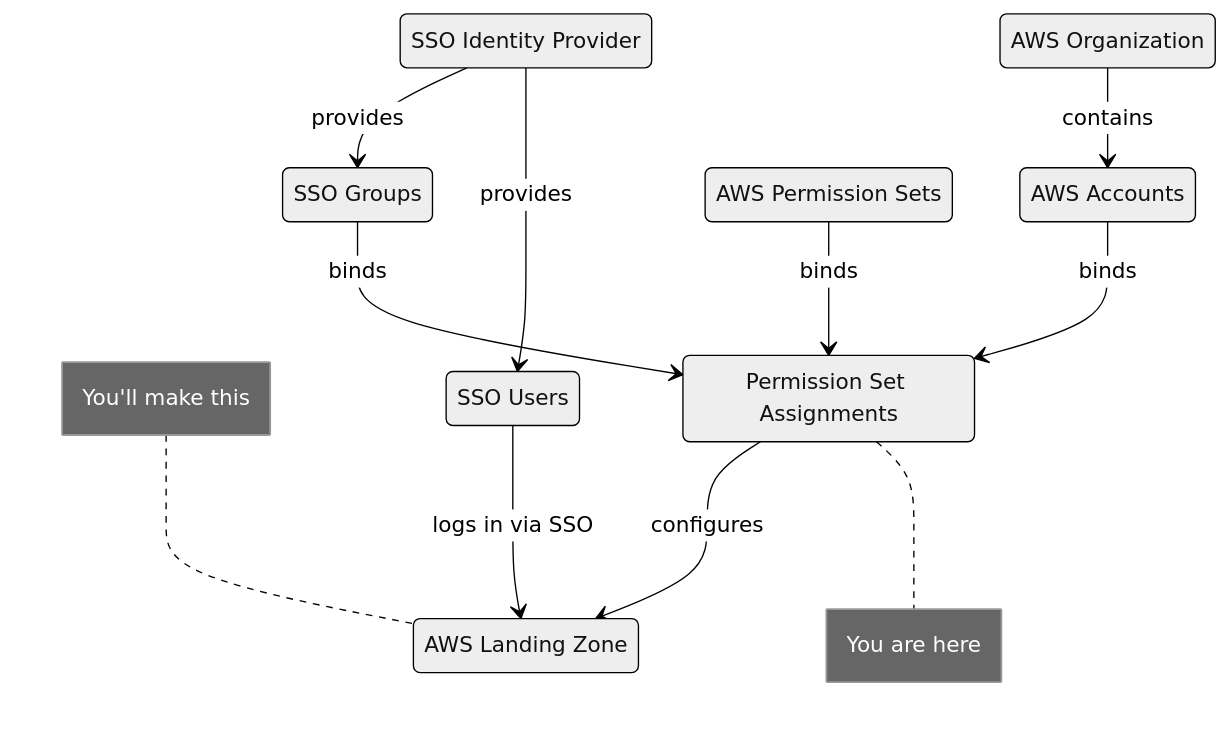
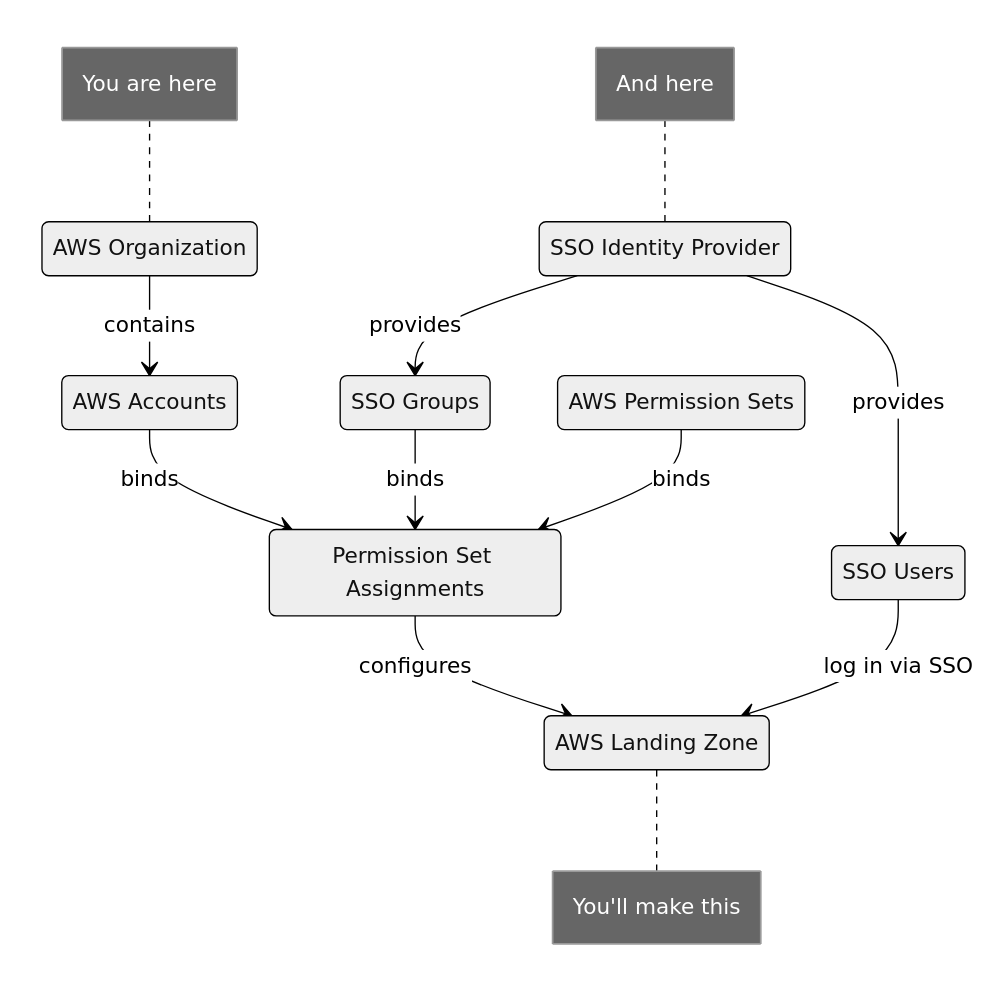
Before and after one commit to baremetalhelp/baremetal.help: the diagram in docs/docs/permission-sets/index.md, drawn with Mermaid (neutral theme). The commit also changed other lines of this file and 22 other files, not shown here.

````diff
--- a/docs/docs/permission-sets/index.md
+++ b/docs/docs/permission-sets/index.md
@@ -15,21 +15,22 @@
 ```mermaid
 stateDiagram-v2
    state "AWS Organization" as organization
    state "SSO Identity Provider" as directory
    state "SSO Groups" as groups
    state "SSO Users" as users
    state "AWS Accounts" as accounts
    state "AWS Permission Sets" as permission_sets
    state "Permission Set Assignments" as permission_set_assignments
    state "AWS Landing Zone" as landing_zone
    organization --> accounts : contains
    directory --> groups : provides
    directory --> users : provides
    groups --> permission_set_assignments : binds
    accounts --> permission_set_assignments : binds
    permission_sets --> permission_set_assignments : binds
    permission_set_assignments --> landing_zone : configures
-   users --> landing_zone : logs in via SSO
-   note right of permission_set_assignments : You are here
-   note left of landing_zone : You'll make this
+   users --> landing_zone : log in via SSO
+   note left of organization : You are here
+   note left of directory : And here
+   note right of landing_zone : You'll make this
 ```
````
